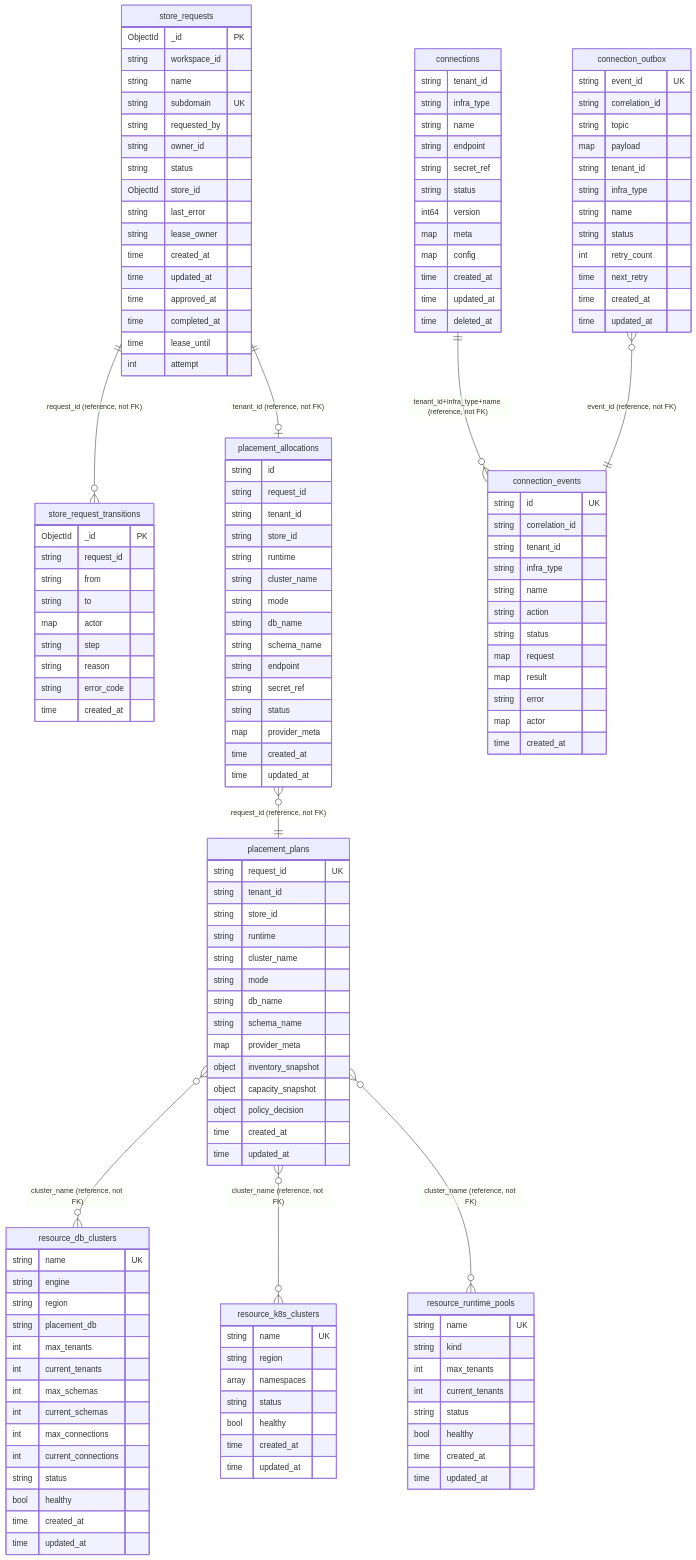
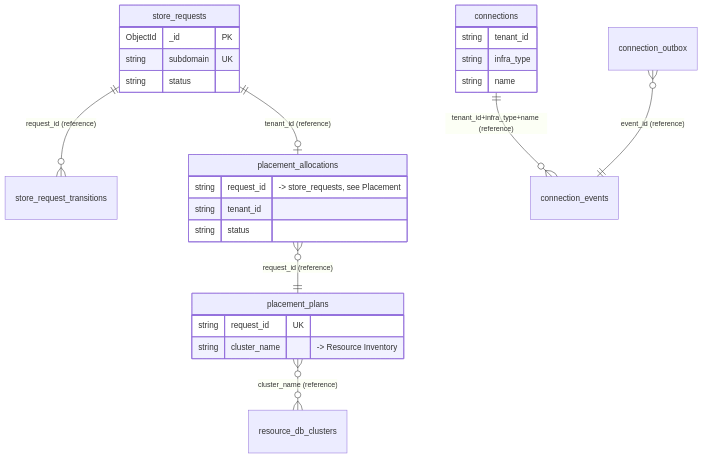
The first of 5 diagrams in docs/03-architecture-detail-design/services/onboarding/db-design.md (tuannm99/podzone), drawn with Mermaid before and after one commit. The commit also changed other lines of this file and 57 other files, not shown here.

````diff
--- a/docs/03-architecture-detail-design/services/onboarding/db-design.md
+++ b/docs/03-architecture-detail-design/services/onboarding/db-design.md
@@ -18,151 +27,29 @@
 ```mermaid
 erDiagram
-    store_requests ||--o{ store_request_transitions : "request_id (reference, not FK)"
-    store_requests ||--o| placement_allocations : "tenant_id (reference, not FK)"
-    placement_allocations }o--|| placement_plans : "request_id (reference, not FK)"
-    placement_plans }o--o{ resource_db_clusters : "cluster_name (reference, not FK)"
-    placement_plans }o--o{ resource_k8s_clusters : "cluster_name (reference, not FK)"
-    placement_plans }o--o{ resource_runtime_pools : "cluster_name (reference, not FK)"
-    connections ||--o{ connection_events : "tenant_id+infra_type+name (reference, not FK)"
-    connection_outbox }o--|| connection_events : "event_id (reference, not FK)"
+    store_requests ||--o{ store_request_transitions : "request_id (reference)"
+    store_requests ||--o| placement_allocations : "tenant_id (reference)"
+    placement_allocations }o--|| placement_plans : "request_id (reference)"
+    placement_plans }o--o{ resource_db_clusters : "cluster_name (reference)"
+    connections ||--o{ connection_events : "tenant_id+infra_type+name (reference)"
+    connection_outbox }o--|| connection_events : "event_id (reference)"
 
     store_requests {
         ObjectId _id PK
-        string workspace_id
-        string name
         string subdomain UK
-        string requested_by
-        string owner_id
         string status
-        ObjectId store_id
-        string last_error
-        string lease_owner
-        time created_at
-        time updated_at
-        time approved_at
-        time completed_at
-        time lease_until
-        int attempt
     }
-    store_request_transitions {
-        ObjectId _id PK
-        string request_id
-        string from
-        string to
-        map actor
-        string step
-        string reason
-        string error_code
-        time created_at
+    placement_allocations {
+        string request_id "-> store_requests, see Placement"
+        string tenant_id
+        string status
+    }
+    placement_plans {
+        string request_id UK
+        string cluster_name "-> Resource Inventory"
     }
     connections {
         string tenant_id
         string infra_type
         string name
-        string endpoint
-        string secret_ref
-        string status
-        int64 version
-        map meta
-        map config
-        time created_at
-        time updated_at
-        time deleted_at
-    }
-    connection_events {
-        string id UK
-        string correlation_id
-        string tenant_id
-        string infra_type
-        string name
-        string action
-        string status
-        map request
-        map result
-        string error
-        map actor
-        time created_at
-    }
-    connection_outbox {
-        string event_id UK
-        string correlation_id
-        string topic
-        map payload
-        string tenant_id
-        string infra_type
-        string name
-        string status
-        int retry_count
-        time next_retry
-        time created_at
-        time updated_at
-    }
-    placement_allocations {
-        string id
-        string request_id
-        string tenant_id
-        string store_id
-        string runtime
-        string cluster_name
-        string mode
-        string db_name
-        string schema_name
-        string endpoint
-        string secret_ref
-        string status
-        map provider_meta
-        time created_at
-        time updated_at
-    }
-    placement_plans {
-        string request_id UK
-        string tenant_id
-        string store_id
-        string runtime
-        string cluster_name
-        string mode
-        string db_name
-        string schema_name
-        map provider_meta
-        object inventory_snapshot
-        object capacity_snapshot
-        object policy_decision
-        time created_at
-        time updated_at
-    }
-    resource_db_clusters {
-        string name UK
-        string engine
-        string region
-        string placement_db
-        int max_tenants
-        int current_tenants
-        int max_schemas
-        int current_schemas
-        int max_connections
-        int current_connections
-        string status
-        bool healthy
-        time created_at
-        time updated_at
-    }
-    resource_k8s_clusters {
-        string name UK
-        string region
-        array namespaces
-        string status
-        bool healthy
-        time created_at
-        time updated_at
-    }
-    resource_runtime_pools {
-        string name UK
-        string kind
-        int max_tenants
-        int current_tenants
-        string status
-        bool healthy
-        time created_at
-        time updated_at
     }
 ```
````
